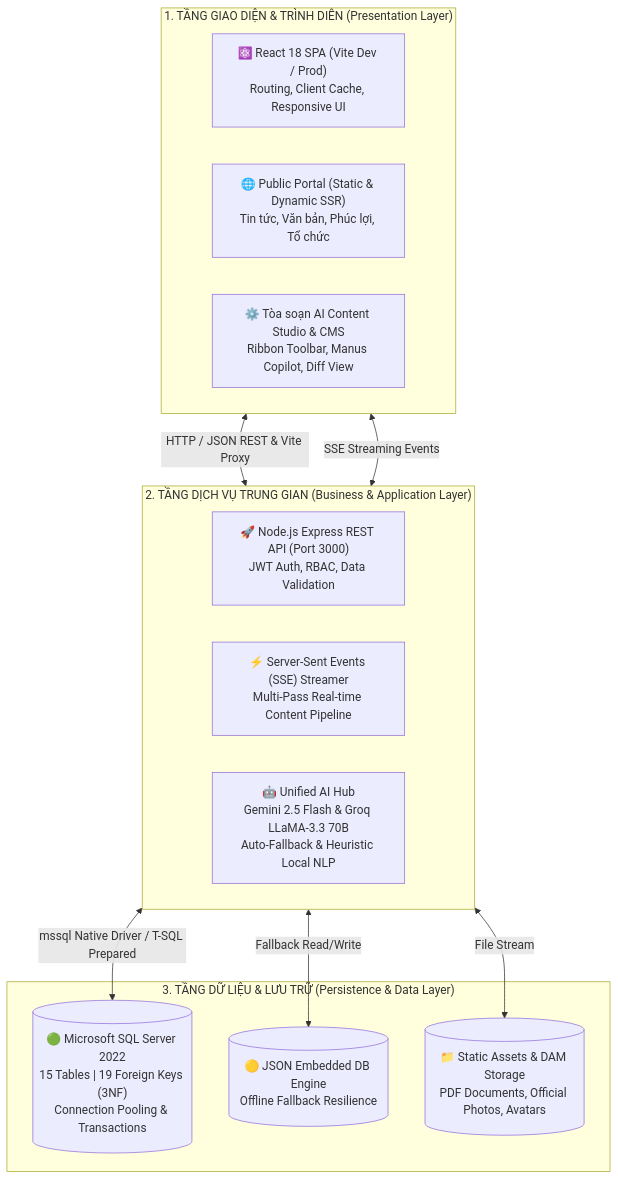
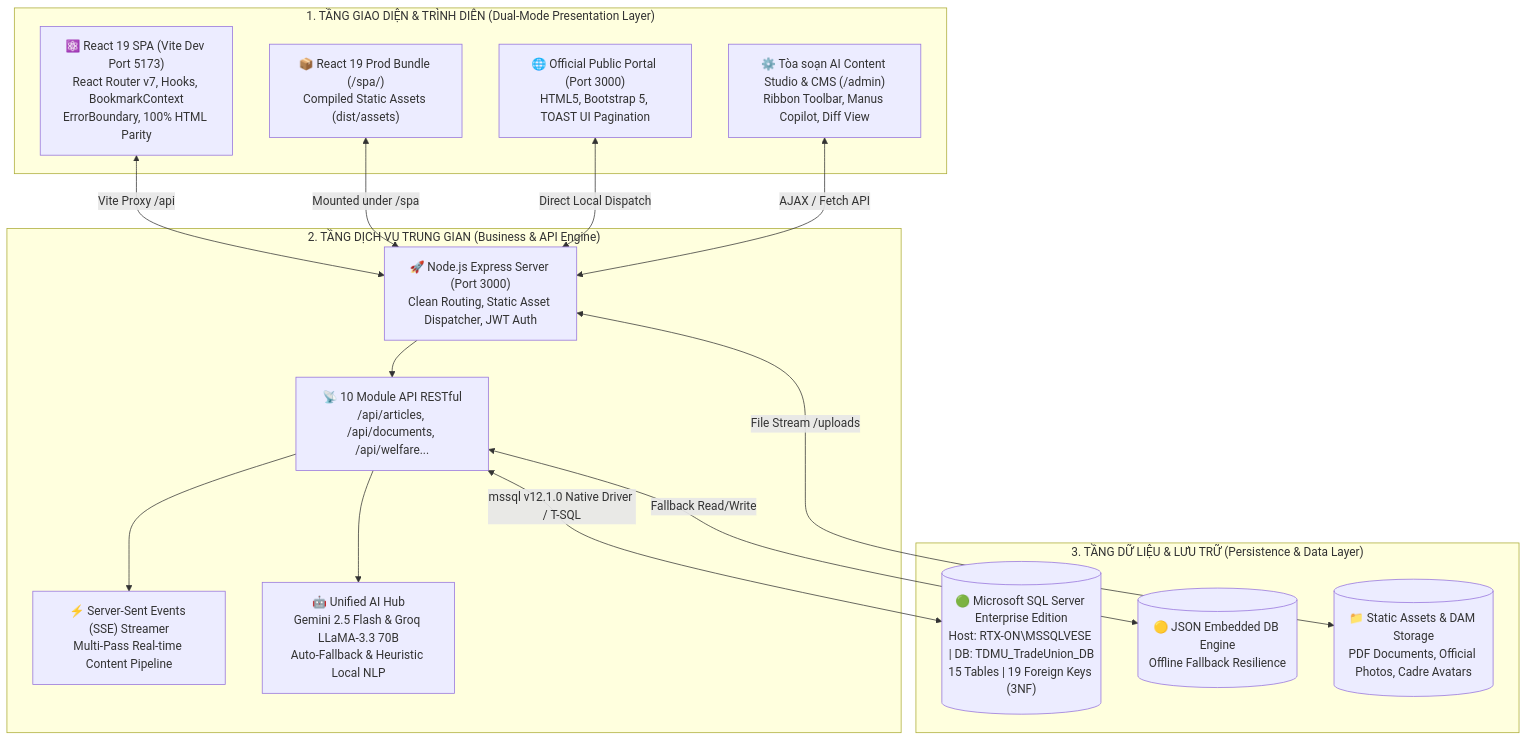
One commit to t5ry7y88889/CongDoanTDMU changed the diagram in README.md. Above: the diagram before and after it, drawn with Mermaid. The commit also changed other lines of this file, not shown here.

Commit message:
docs: update README with React 19, Dual-Mode production parity, and comprehensive architecture

````diff
--- a/README.md
+++ b/README.md
@@ -39,26 +47,33 @@
 ```mermaid
 graph TB
-    subgraph ClientLayer ["1. TẦNG GIAO DIỆN & TRÌNH DIỄN (Presentation Layer)"]
-        ReactApp["⚛️ React 18 SPA (Vite Dev / Prod)<br>Routing, Client Cache, Responsive UI"]
-        PortalApp["🌐 Public Portal (Static & Dynamic SSR)<br>Tin tức, Văn bản, Phúc lợi, Tổ chức"]
-        AdminCMS["⚙️ Tòa soạn AI Content Studio & CMS<br>Ribbon Toolbar, Manus Copilot, Diff View"]
+    subgraph ClientLayer ["1. TẦNG GIAO DIỆN & TRÌNH DIỄN (Dual-Mode Presentation Layer)"]
+        ReactApp["⚛️ React 19 SPA (Vite Dev Port 5173)<br>React Router v7, Hooks, BookmarkContext<br>ErrorBoundary, 100% HTML Parity"]
+        SPABuild["📦 React 19 Prod Bundle (/spa/)<br>Compiled Static Assets (dist/assets)"]
+        PortalApp["🌐 Official Public Portal (Port 3000)<br>HTML5, Bootstrap 5, TOAST UI Pagination"]
+        AdminCMS["⚙️ Tòa soạn AI Content Studio & CMS (/admin)<br>Ribbon Toolbar, Manus Copilot, Diff View"]
     end
 
-    subgraph ServiceLayer ["2. TẦNG DỊCH VỤ TRUNG GIAN (Business & Application Layer)"]
-        Express["🚀 Node.js Express REST API (Port 3000)<br>JWT Auth, RBAC, Data Validation"]
+    subgraph ServiceLayer ["2. TẦNG DỊCH VỤ TRUNG GIAN (Business & API Engine)"]
+        Express["🚀 Node.js Express Server (Port 3000)<br>Clean Routing, Static Asset Dispatcher, JWT Auth"]
+        APIRouter["📡 10 Module API RESTful<br>/api/articles, /api/documents, /api/welfare..."]
         SSEHub["⚡ Server-Sent Events (SSE) Streamer<br>Multi-Pass Real-time Content Pipeline"]
         AIGateway["🤖 Unified AI Hub<br>Gemini 2.5 Flash & Groq LLaMA-3.3 70B<br>Auto-Fallback & Heuristic Local NLP"]
     end
 
     subgraph DataLayer ["3. TẦNG DỮ LIỆU & LƯU TRỮ (Persistence & Data Layer)"]
-        MSSQL[("🟢 Microsoft SQL Server 2022<br>15 Tables | 19 Foreign Keys (3NF)<br>Connection Pooling & Transactions")]
+        MSSQL[("🟢 Microsoft SQL Server Enterprise Edition<br>Host: RTX-ON\MSSQLVESE | DB: TDMU_TradeUnion_DB<br>15 Tables | 19 Foreign Keys (3NF)")]
         JSONDB[("🟡 JSON Embedded DB Engine<br>Offline Fallback Resilience")]
-        FileDAM[("📁 Static Assets & DAM Storage<br>PDF Documents, Official Photos, Avatars")]
+        FileDAM[("📁 Static Assets & DAM Storage<br>PDF Documents, Official Photos, Cadre Avatars")]
     end
 
-    ClientLayer <-->|HTTP / JSON REST & Vite Proxy| ServiceLayer
-    ClientLayer <-->|SSE Streaming Events| ServiceLayer
-    ServiceLayer <-->|mssql Native Driver / T-SQL Prepared| MSSQL
-    ServiceLayer <-->|Fallback Read/Write| JSONDB
-    ServiceLayer <-->|File Stream| FileDAM
+    ReactApp <-->|Vite Proxy /api| Express
+    SPABuild <-->|Mounted under /spa| Express
+    PortalApp <-->|Direct Local Dispatch| Express
+    AdminCMS <-->|AJAX / Fetch API| Express
+    Express --> APIRouter
+    APIRouter --> SSEHub
+    APIRouter --> AIGateway
+    APIRouter <-->|mssql v12.1.0 Native Driver / T-SQL| MSSQL
+    APIRouter <-->|Fallback Read/Write| JSONDB
+    Express <-->|File Stream /uploads| FileDAM
 ```
````
